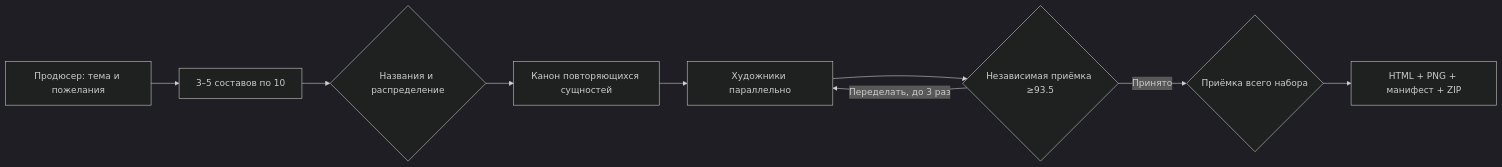
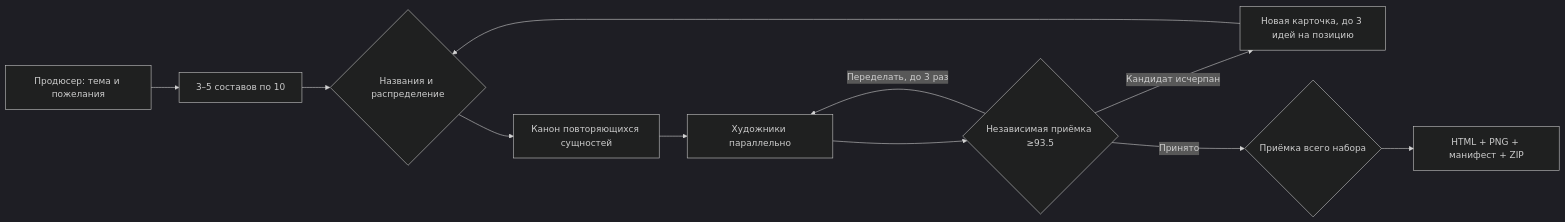
One commit to dcdmtst/setforge changed the diagram in docs/how-it-works.md. Above: the diagram before and after it, drawn with Mermaid (dark theme). The commit also changed other lines of this file and 45 other files, not shown here.

````diff
--- a/docs/how-it-works.md
+++ b/docs/how-it-works.md
@@ -3,11 +3,13 @@
 ```mermaid
 flowchart LR
  B[Продюсер: тема и пожелания] --> P[3–5 составов по 10]
  P --> G{Названия и распределение}
  G --> C[Канон повторяющихся сущностей]
  C --> A[Художники параллельно]
  A --> Q{Независимая приёмка ≥93.5}
  Q -->|Переделать, до 3 раз| A
+ Q -->|Кандидат исчерпан| R[Новая карточка, до 3 идей на позицию]
+ R --> G
  Q -->|Принято| S{Приёмка всего набора}
  S --> E[HTML + PNG + манифест + ZIP]
 ```
````
